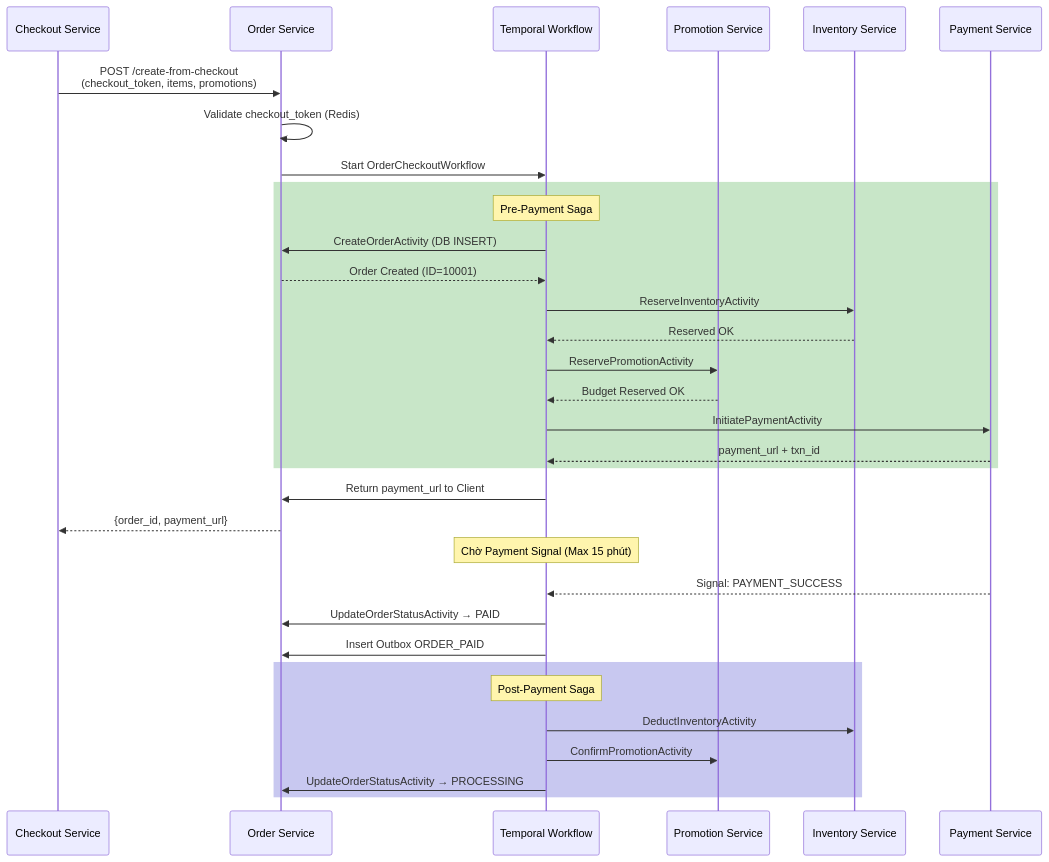
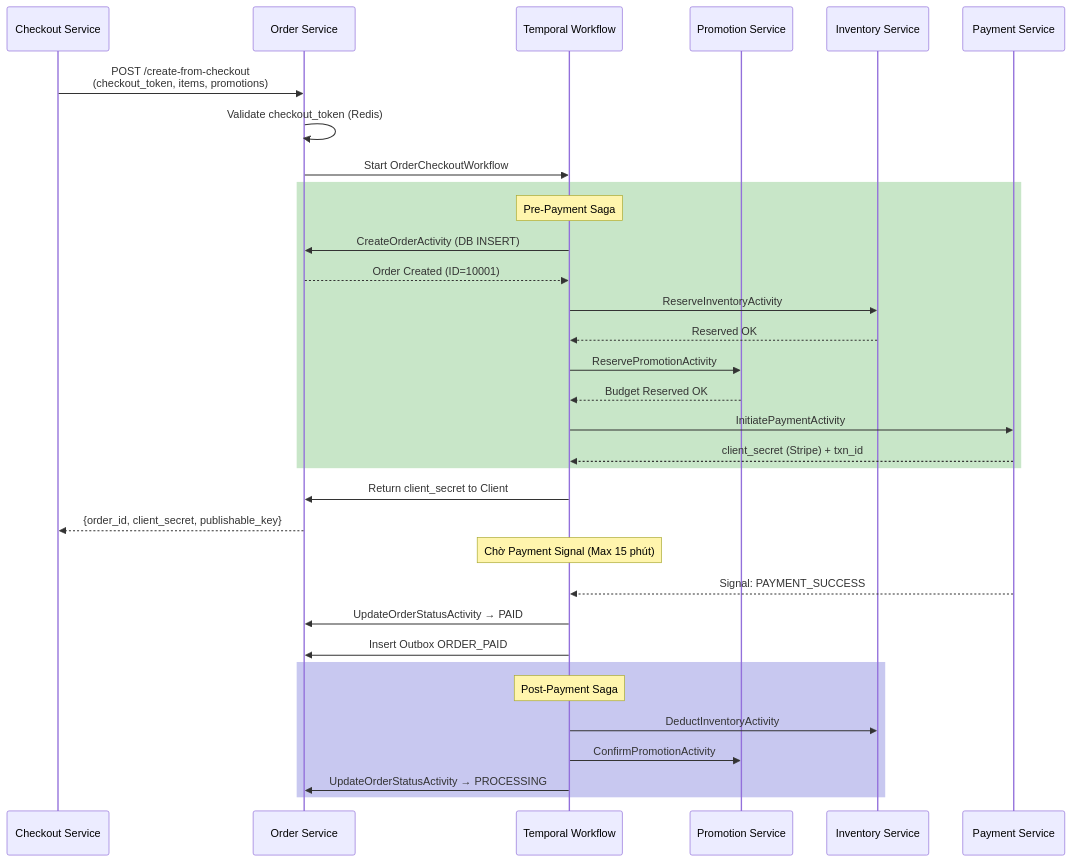
One commit to quangdung2110/e-commerce-microservices changed the diagram in docs/order/order_workflow.md. Above: the diagram before and after it, drawn with Mermaid. The commit also changed other lines of this file and 59 other files, not shown here.

````diff
--- a/docs/order/order_workflow.md
+++ b/docs/order/order_workflow.md
@@ -196,40 +194,40 @@
 ```mermaid
 sequenceDiagram
     participant CK as Checkout Service
     participant OS as Order Service
     participant TW as Temporal Workflow
     participant PM as Promotion Service
     participant IV as Inventory Service
     participant PY as Payment Service
 
     CK->>OS: POST /create-from-checkout<br>(checkout_token, items, promotions)
     OS->>OS: Validate checkout_token (Redis)
     OS->>TW: Start OrderCheckoutWorkflow
 
     rect rgb(200, 230, 200)
     Note over TW: Pre-Payment Saga
     TW->>OS: CreateOrderActivity (DB INSERT)
     OS-->>TW: Order Created (ID=10001)
    TW->>IV: ReserveInventoryActivity
    IV-->>TW: Reserved OK
    TW->>PM: ReservePromotionActivity
    PM-->>TW: Budget Reserved OK
     TW->>PY: InitiatePaymentActivity
-    PY-->>TW: payment_url + txn_id
+    PY-->>TW: client_secret (Stripe) + txn_id
     end
 
-    TW->>OS: Return payment_url to Client
-    OS-->>CK: {order_id, payment_url}
+    TW->>OS: Return client_secret to Client
+    OS-->>CK: {order_id, client_secret, publishable_key}
 
     Note over TW: Chờ Payment Signal (Max 15 phút)
     PY-->>TW: Signal: PAYMENT_SUCCESS
    TW->>OS: UpdateOrderStatusActivity → PAID
    TW->>OS: Insert Outbox ORDER_PAID
 
     rect rgb(200, 200, 240)
     Note over TW: Post-Payment Saga
     TW->>IV: DeductInventoryActivity
     TW->>PM: ConfirmPromotionActivity
     TW->>OS: UpdateOrderStatusActivity → PROCESSING
     end
 ```
````
